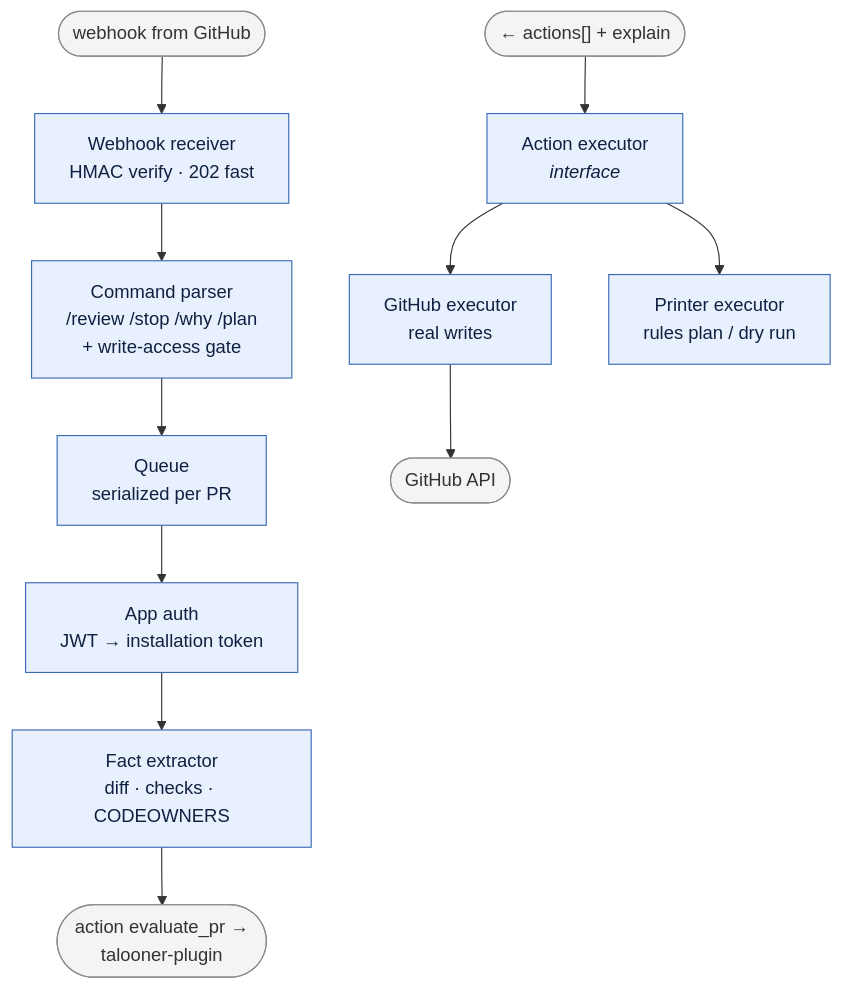
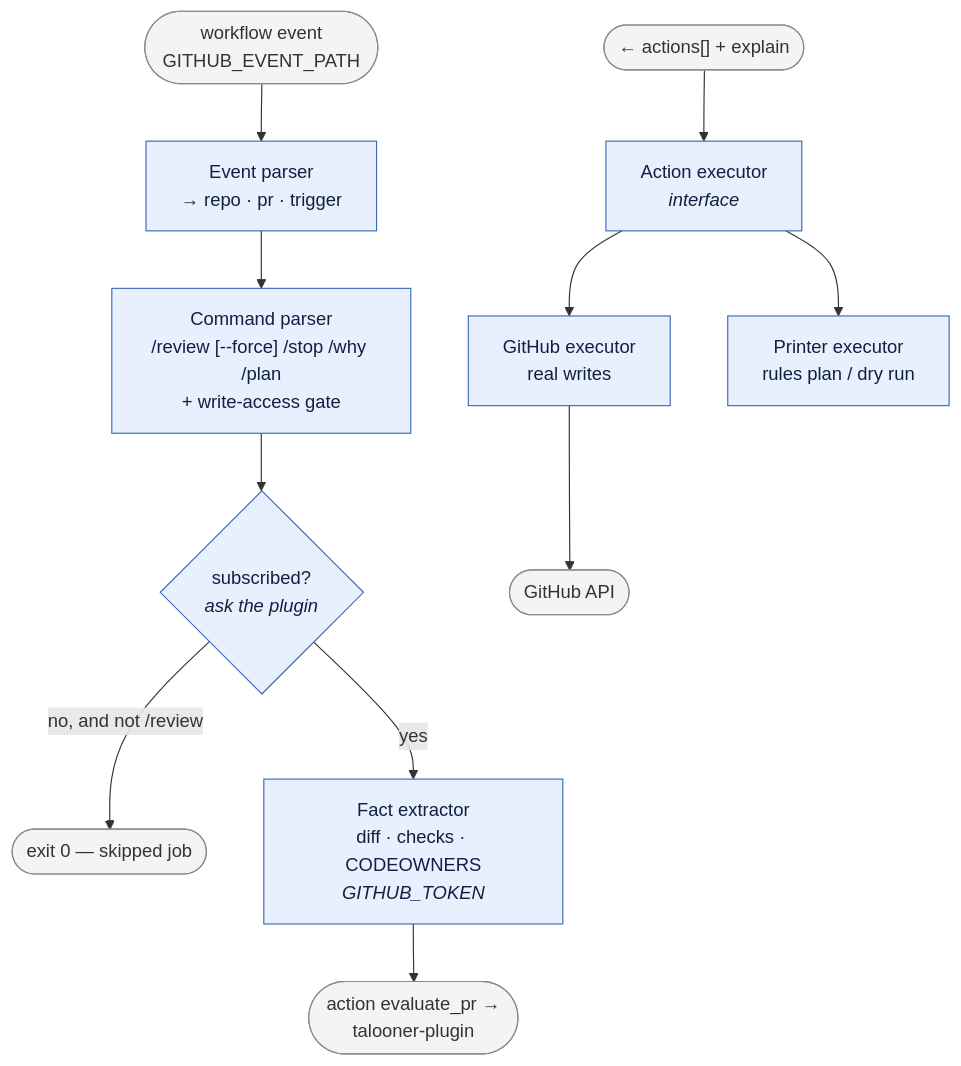
Before and after one commit to opentalon/talooner: the third of 10 diagrams in diagrams.md, drawn with Mermaid. The commit also changed other lines of this file and 7 other files, not shown here.

````diff
--- a/diagrams.md
+++ b/diagrams.md
@@ -159,20 +162,20 @@
 ```mermaid
 flowchart TB
-    IN(["webhook from GitHub"]) --> WH
-    WH["Webhook receiver<br/>HMAC verify · 202 fast"] --> CMD
-    CMD["Command parser<br/>/review /stop /why /plan<br/>+ write-access gate"] --> Q
-    Q["Queue<br/>serialized per PR"] --> AUTH
-    AUTH["App auth<br/>JWT → installation token"] --> FACTS
-    FACTS["Fact extractor<br/>diff · checks · CODEOWNERS"] --> OUT
+    IN(["workflow event<br/>GITHUB_EVENT_PATH"]) --> EVT
+    EVT["Event parser<br/>→ repo · pr · trigger"] --> CMD
+    CMD["Command parser<br/>/review [--force] /stop /why /plan<br/>+ write-access gate"] --> SUB
+    SUB{"subscribed?<br/><i>ask the plugin</i>"} -->|"no, and not /review"| SKIP(["exit 0 — skipped job"])
+    SUB -->|"yes"| FACTS
+    FACTS["Fact extractor<br/>diff · checks · CODEOWNERS<br/><i>GITHUB_TOKEN</i>"] --> OUT
 
     OUT(["action evaluate_pr →<br/>talooner-plugin"])
     BACK(["← actions[] + explain"]) --> EXEC
     EXEC["Action executor<br/><i>interface</i>"] --> EXEC1["GitHub executor<br/>real writes"]
     EXEC --> EXEC2["Printer executor<br/>rules plan / dry run"]
     EXEC1 --> GH(["GitHub API"])
 
     classDef bot fill:#e8f0fe,stroke:#3b6bb5,color:#102040
     classDef edge fill:#f4f4f4,stroke:#8a8a8a,color:#333
-    class WH,CMD,Q,AUTH,FACTS,EXEC,EXEC1,EXEC2 bot
-    class IN,OUT,BACK,GH edge
+    class EVT,CMD,SUB,FACTS,EXEC,EXEC1,EXEC2 bot
+    class IN,OUT,BACK,GH,SKIP edge
 ```
````
